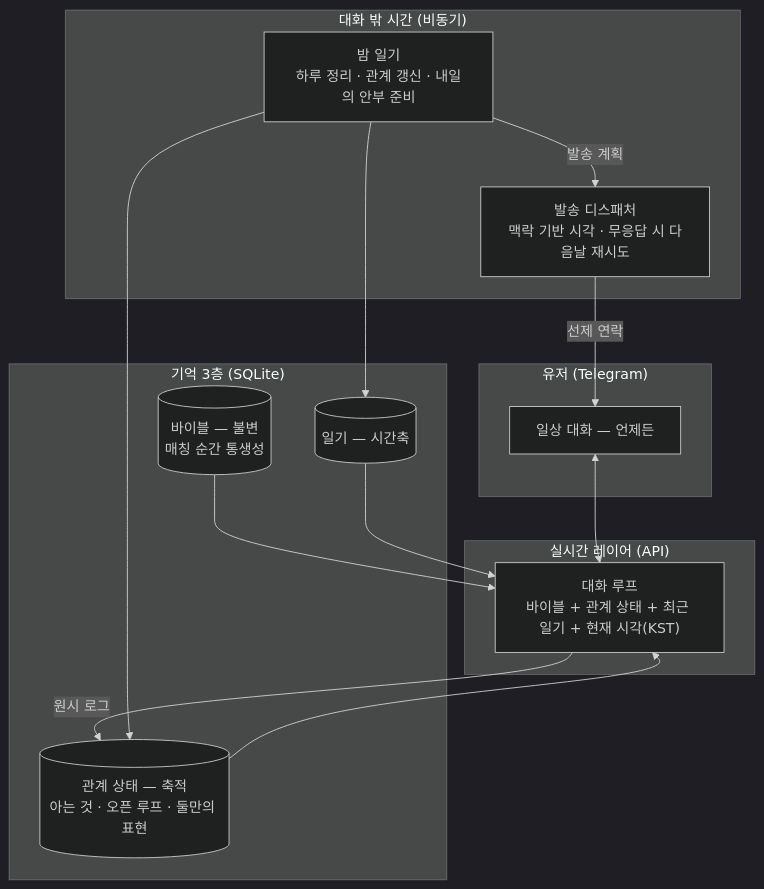
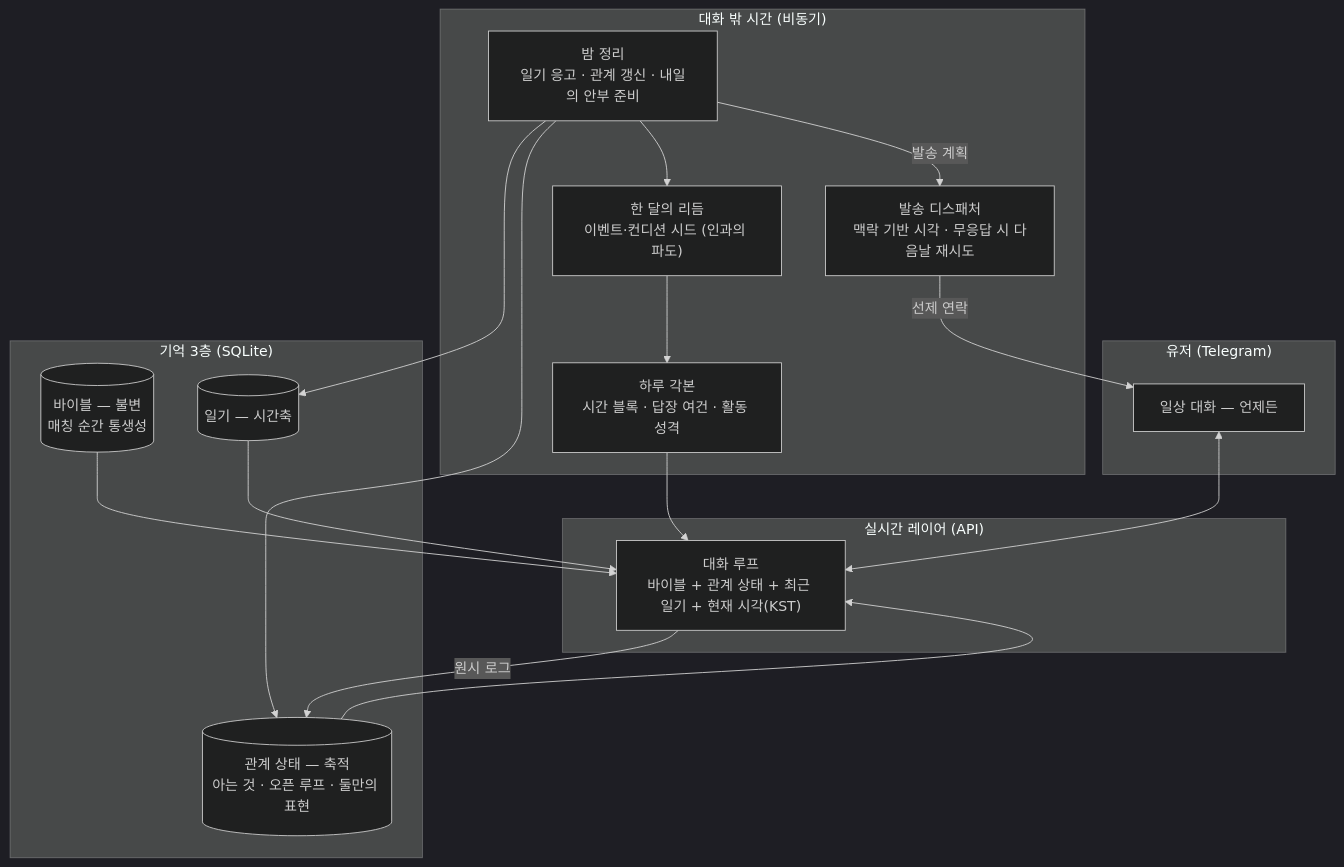
The diagram in README.md (hyewon3938/random-ai-companion), drawn with Mermaid (dark theme) before and after one commit. The commit also changed other lines of this file and 3 other files, not shown here.

````diff
--- a/README.md
+++ b/README.md
@@ -85,27 +123,32 @@
 ```mermaid
 graph TB
     subgraph TG["유저 (Telegram)"]
         U["일상 대화 — 언제든"]
     end
     subgraph RT["실시간 레이어 (API)"]
         BOT["대화 루프<br/>바이블 + 관계 상태 + 최근 일기 + 현재 시각(KST)"]
     end
     subgraph ASYNC["대화 밖 시간 (비동기)"]
-        DIARY["밤 일기<br/>하루 정리 · 관계 갱신 · 내일의 안부 준비"]
+        RHYTHM["한 달의 리듬<br/>이벤트·컨디션 시드 (인과의 파도)"]
+        PLAN["하루 각본<br/>시간 블록 · 답장 여건 · 활동 성격"]
+        DIARY["밤 정리<br/>일기 응고 · 관계 갱신 · 내일의 안부 준비"]
         DISP["발송 디스패처<br/>맥락 기반 시각 · 무응답 시 다음날 재시도"]
     end
     subgraph MEM["기억 3층 (SQLite)"]
         B[("바이블 — 불변<br/>매칭 순간 통생성")]
         R[("관계 상태 — 축적<br/>아는 것 · 오픈 루프 · 둘만의 표현")]
         D[("일기 — 시간축")]
     end
     U <--> BOT
     B --> BOT
     R --> BOT
     D --> BOT
     BOT -->|원시 로그| R
     DIARY --> D
     DIARY --> R
+    DIARY --> RHYTHM
+    RHYTHM --> PLAN
+    PLAN --> BOT
     DIARY -->|발송 계획| DISP
     DISP -->|선제 연락| U
 ```
````
